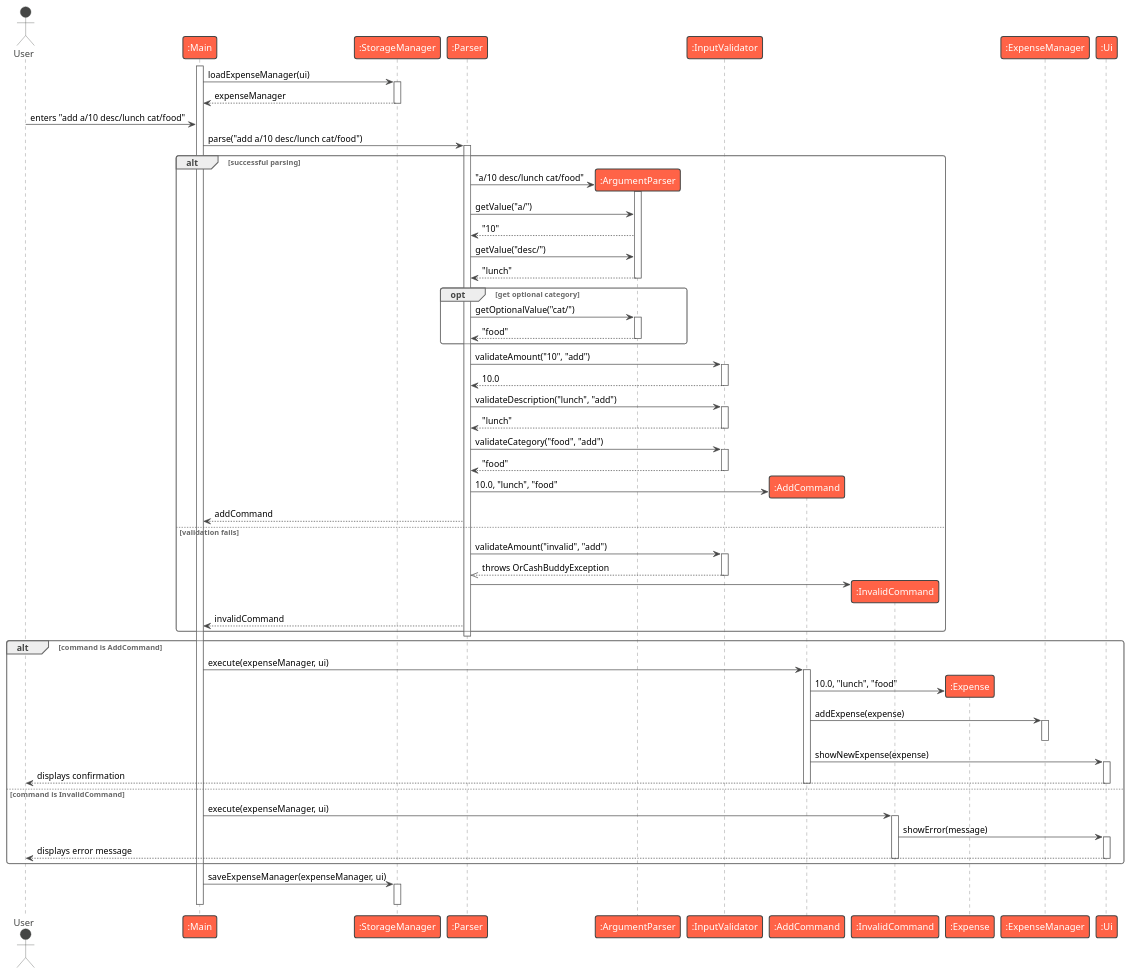
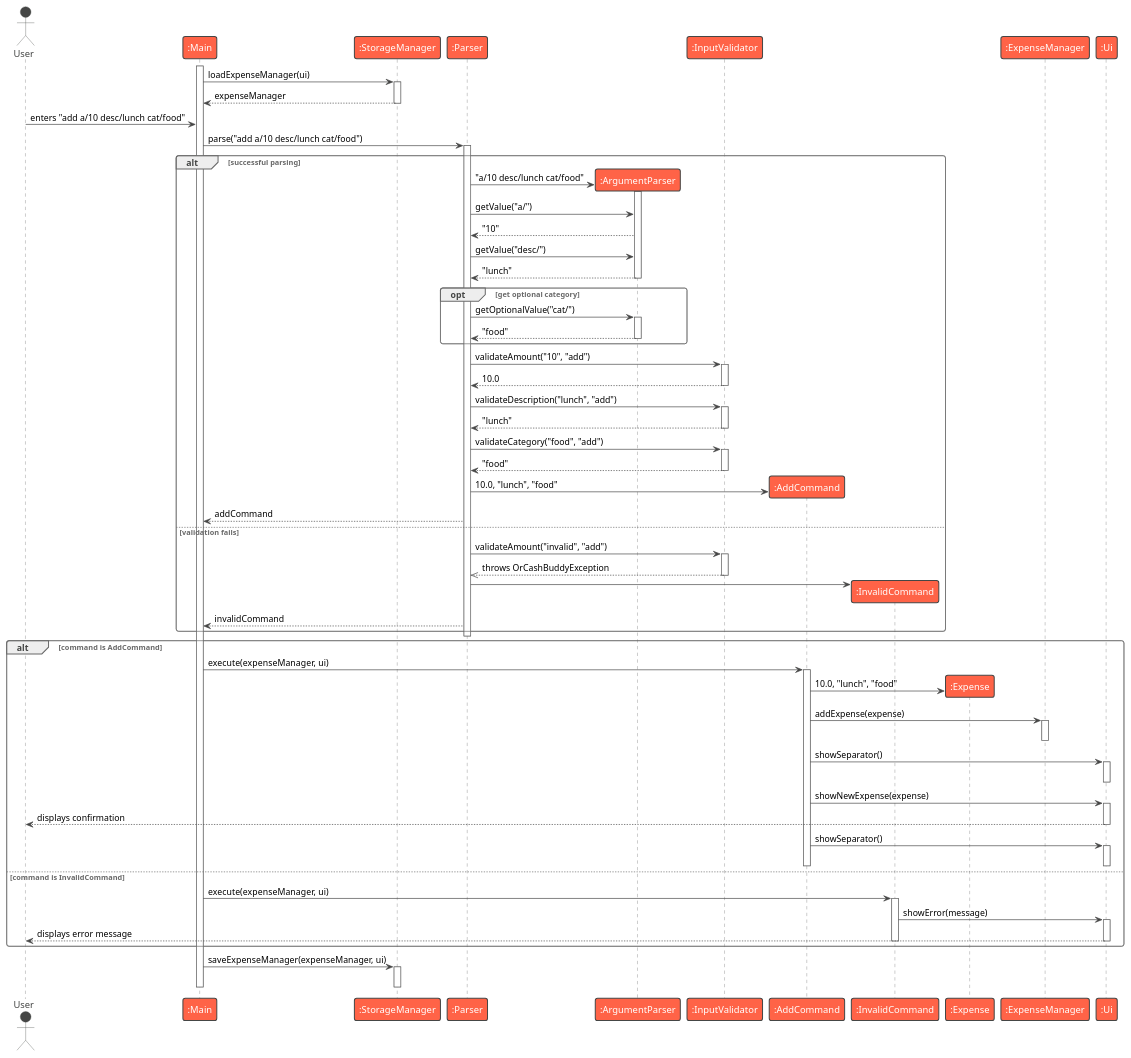
Before and after one commit to aydrienlaw/tp: the diagram in docs/diagrams/add-sequence.puml, drawn with PlantUML. The commit also changed 1 other file, not shown here.

Commit message:
feat: update sequence diagrams for AddCommand and ByeCommand to include separator display

```diff
--- a/docs/diagrams/add-sequence.puml
+++ b/docs/diagrams/add-sequence.puml
@@ -1,109 +1,115 @@
 @startuml
 !theme vibrant
 actor User
 participant ":Main" as Main
 participant ":StorageManager" as StorageManager
 participant ":Parser" as Parser
 participant ":ArgumentParser" as ArgumentParser
 participant ":InputValidator" as InputValidator
 participant ":AddCommand" as AddCommand
 participant ":InvalidCommand" as InvalidCommand
 participant ":Expense" as Expense
 participant ":ExpenseManager" as ExpenseManager
 participant ":Ui" as Ui
 
 activate Main
 Main -> StorageManager : loadExpenseManager(ui)
 activate StorageManager
 StorageManager --> Main : expenseManager
 deactivate StorageManager
 
 User -> Main : enters "add a/10 desc/lunch cat/food"
 
 Main -> Parser : parse("add a/10 desc/lunch cat/food")
 activate Parser
 
 alt successful parsing
 
     create ArgumentParser
     Parser -> ArgumentParser : "a/10 desc/lunch cat/food"
     activate ArgumentParser
     Parser -> ArgumentParser : getValue("a/")
     ArgumentParser --> Parser : "10"
     Parser -> ArgumentParser : getValue("desc/")
     ArgumentParser --> Parser : "lunch"
     deactivate ArgumentParser
 
     opt get optional category
         Parser -> ArgumentParser : getOptionalValue("cat/")
         activate ArgumentParser
         ArgumentParser --> Parser : "food"
         deactivate ArgumentParser
     end
 
     Parser -> InputValidator : validateAmount("10", "add")
     activate InputValidator
     InputValidator --> Parser : 10.0
     deactivate InputValidator
     Parser -> InputValidator : validateDescription("lunch", "add")
     activate InputValidator
     InputValidator --> Parser : "lunch"
     deactivate InputValidator
     Parser -> InputValidator : validateCategory("food", "add")
     activate InputValidator
     InputValidator --> Parser : "food"
     deactivate InputValidator
 
     create AddCommand
     Parser -> AddCommand : 10.0, "lunch", "food"
     Parser --> Main : addCommand
 
 else validation fails
 
     Parser -> InputValidator : validateAmount("invalid", "add")
     activate InputValidator
     InputValidator -->> Parser : throws OrCashBuddyException
     deactivate InputValidator
 
     create InvalidCommand
     Parser -> InvalidCommand
     Parser --> Main : invalidCommand
 
 end
 
 deactivate Parser
 
 alt command is AddCommand
     Main -> AddCommand : execute(expenseManager, ui)
     activate AddCommand
 
     create Expense
     AddCommand -> Expense : 10.0, "lunch", "food"
 
     AddCommand -> ExpenseManager : addExpense(expense)
     activate ExpenseManager
     deactivate ExpenseManager
 
+    AddCommand -> Ui : showSeparator()
+    activate Ui
+    deactivate Ui
     AddCommand -> Ui : showNewExpense(expense)
     activate Ui
     Ui --> User : displays confirmation
+    deactivate Ui
+    AddCommand -> Ui : showSeparator()
+    activate Ui
     deactivate Ui
 
     deactivate AddCommand
 
 else command is InvalidCommand
     Main -> InvalidCommand : execute(expenseManager, ui)
     activate InvalidCommand
     InvalidCommand -> Ui : showError(message)
     activate Ui
     Ui --> User : displays error message
     deactivate Ui
     deactivate InvalidCommand
 end
 
 Main -> StorageManager : saveExpenseManager(expenseManager, ui)
 activate StorageManager
 deactivate StorageManager
 
 deactivate Main
 @enduml
```
